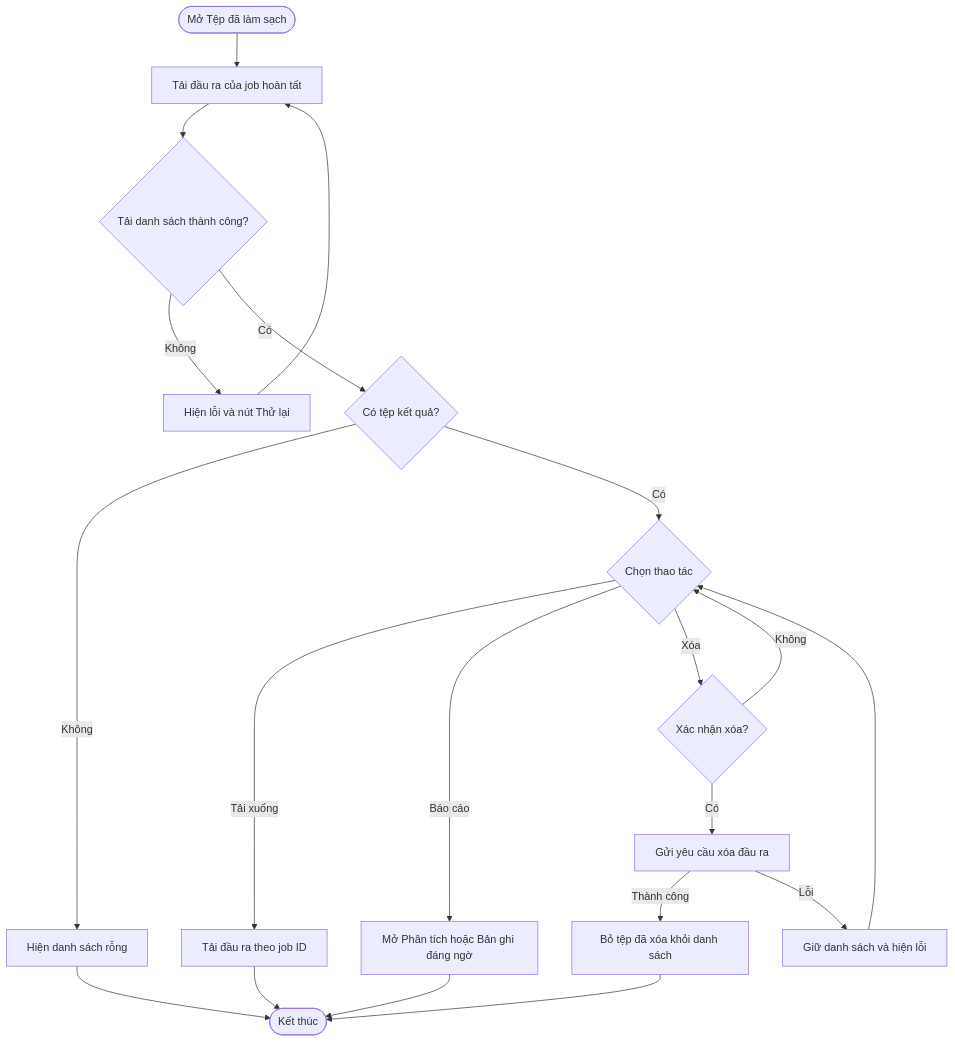
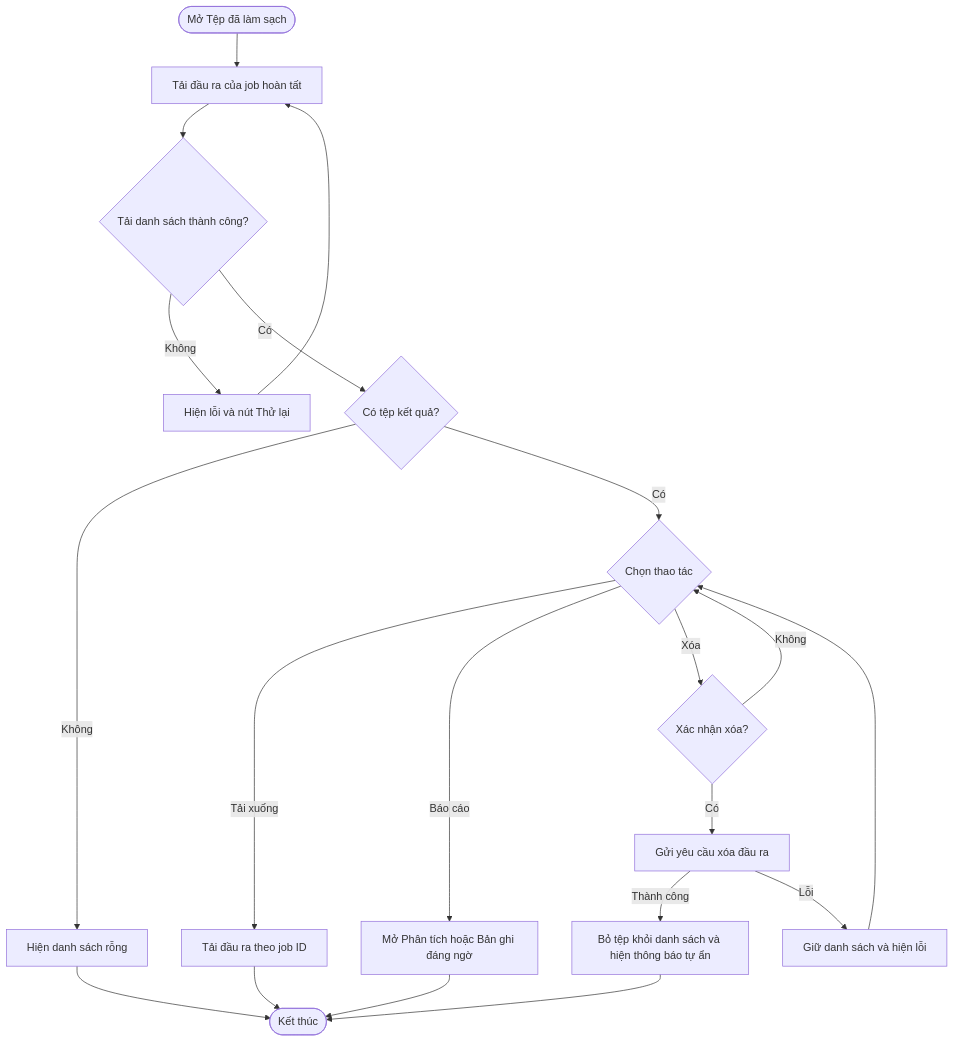
One commit to tuoicaominh/DATA-CLEANING-AND-ANALYSIS- changed diagram 19 of 24 in docs/diagrams/So-do-activity-va-sequence.md. Above: the diagram before and after it, drawn with Mermaid. The commit also changed other lines of this file and 2 other files, not shown here.

First line of the commit message:
docs: Cập nhật sơ đồ và báo cáo chức năng làm sạch dữ liệu

````diff
--- a/docs/diagrams/So-do-activity-va-sequence.md
+++ b/docs/diagrams/So-do-activity-va-sequence.md
@@ -494,22 +502,22 @@
 ```mermaid
 flowchart TD
     A([Mở Tệp đã làm sạch]) --> B["Tải đầu ra của job hoàn tất"]
     B --> C{"Tải danh sách thành công?"}
     C -- Không --> D["Hiện lỗi và nút Thử lại"]
     D --> B
     C -- Có --> E{"Có tệp kết quả?"}
     E -- Không --> F["Hiện danh sách rỗng"]
     E -- Có --> G{"Chọn thao tác"}
     G -- Tải xuống --> H["Tải đầu ra theo job ID"]
     G -- Báo cáo --> I["Mở Phân tích hoặc Bản ghi đáng ngờ"]
     G -- Xóa --> J{"Xác nhận xóa?"}
     J -- Không --> G
     J -- Có --> K["Gửi yêu cầu xóa đầu ra"]
-    K -- Thành công --> N["Bỏ tệp đã xóa khỏi danh sách"]
+    K -- Thành công --> N["Bỏ tệp khỏi danh sách và hiện thông báo tự ẩn"]
     N --> M
     K -- Lỗi --> L["Giữ danh sách và hiện lỗi"]
     L --> G
     F --> M([Kết thúc])
     H --> M
     I --> M
 ```
````
